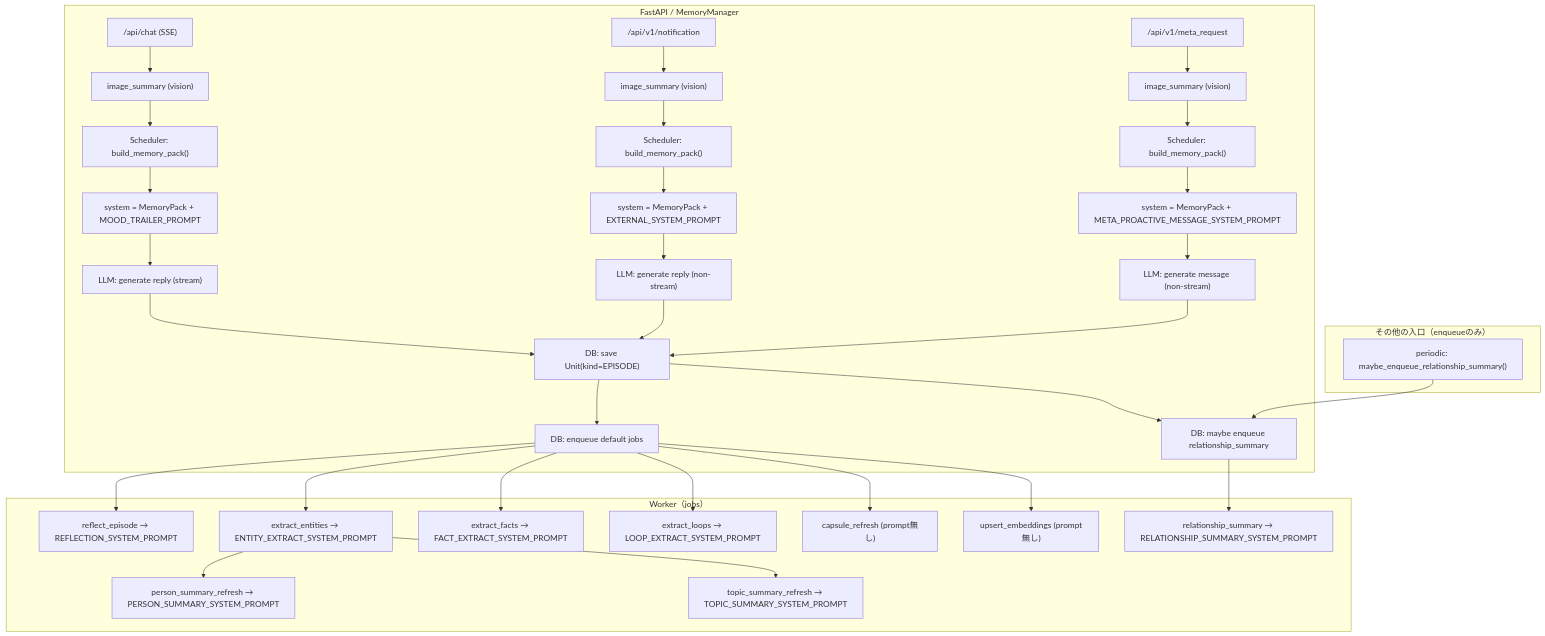
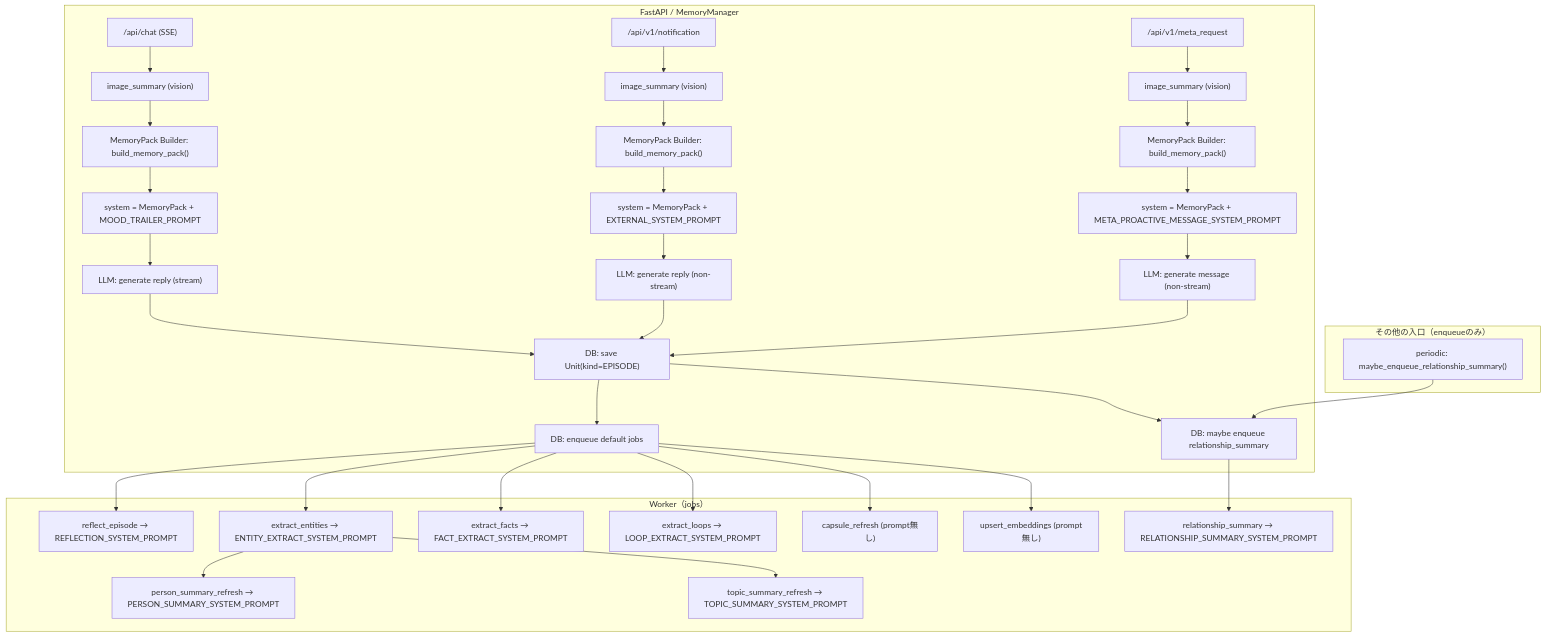
Before and after one commit to hirona98/cocoro_ghost: the first of 4 diagrams in docs/prompt_usage_map.md, drawn with Mermaid. The commit also changed other lines of this file and 8 other files, not shown here.

````diff
--- a/docs/prompt_usage_map.md
+++ b/docs/prompt_usage_map.md
@@ -30,43 +30,43 @@
 ```mermaid
 flowchart TD
   subgraph API["FastAPI / MemoryManager"]
     CHAT["/api/chat (SSE)"] --> IMGC["image_summary (vision)"]
     NOTIF["/api/v1/notification"] --> IMGN["image_summary (vision)"]
     META["/api/v1/meta_request"] --> IMGM["image_summary (vision)"]
 
-    IMGC --> PACK["Scheduler: build_memory_pack()"]
-    IMGN --> PACKN["Scheduler: build_memory_pack()"]
-    IMGM --> PACKM["Scheduler: build_memory_pack()"]
+    IMGC --> PACK["MemoryPack Builder: build_memory_pack()"]
+    IMGN --> PACKN["MemoryPack Builder: build_memory_pack()"]
+    IMGM --> PACKM["MemoryPack Builder: build_memory_pack()"]
 
     PACK --> SYS_CHAT["system = MemoryPack + MOOD_TRAILER_PROMPT"]
     PACKN --> SYS_NOTIF["system = MemoryPack + EXTERNAL_SYSTEM_PROMPT"]
     PACKM --> SYS_META["system = MemoryPack + META_PROACTIVE_MESSAGE_SYSTEM_PROMPT"]
 
     SYS_CHAT --> LLM_CHAT["LLM: generate reply (stream)"]
     SYS_NOTIF --> LLM_NOTIF["LLM: generate reply (non-stream)"]
     SYS_META --> LLM_META["LLM: generate message (non-stream)"]
 
     LLM_CHAT --> SAVE_EP["DB: save Unit(kind=EPISODE)"]
     LLM_NOTIF --> SAVE_EP
     LLM_META --> SAVE_EP
 
     SAVE_EP --> ENQ["DB: enqueue default jobs"]
     SAVE_EP --> ENQW_MAYBE["DB: maybe enqueue relationship_summary"]
   end
 
   subgraph WORKER["Worker（jobs）"]
     ENQ --> REFLECT["reflect_episode → REFLECTION_SYSTEM_PROMPT"]
     ENQ --> ENT["extract_entities → ENTITY_EXTRACT_SYSTEM_PROMPT"]
     ENQ --> FACT["extract_facts → FACT_EXTRACT_SYSTEM_PROMPT"]
     ENQ --> LOOP["extract_loops → LOOP_EXTRACT_SYSTEM_PROMPT"]
     ENQ --> CAPR["capsule_refresh (prompt無し)"]
     ENQ --> EMB["upsert_embeddings (prompt無し)"]
     ENT --> PERS["person_summary_refresh → PERSON_SUMMARY_SYSTEM_PROMPT"]
     ENT --> TOP["topic_summary_refresh → TOPIC_SUMMARY_SYSTEM_PROMPT"]
     ENQW_MAYBE --> WEEK["relationship_summary → RELATIONSHIP_SUMMARY_SYSTEM_PROMPT"]
   end
 
   subgraph OTHER["その他の入口（enqueueのみ）"]
     PERIODIC["periodic: maybe_enqueue_relationship_summary()"] --> ENQW_MAYBE
   end
 ```
````
